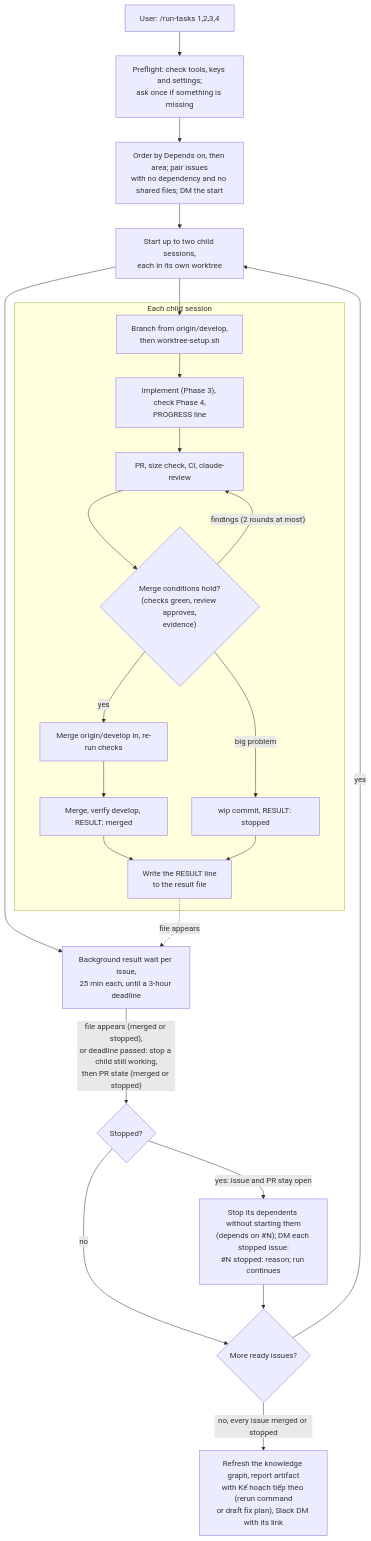
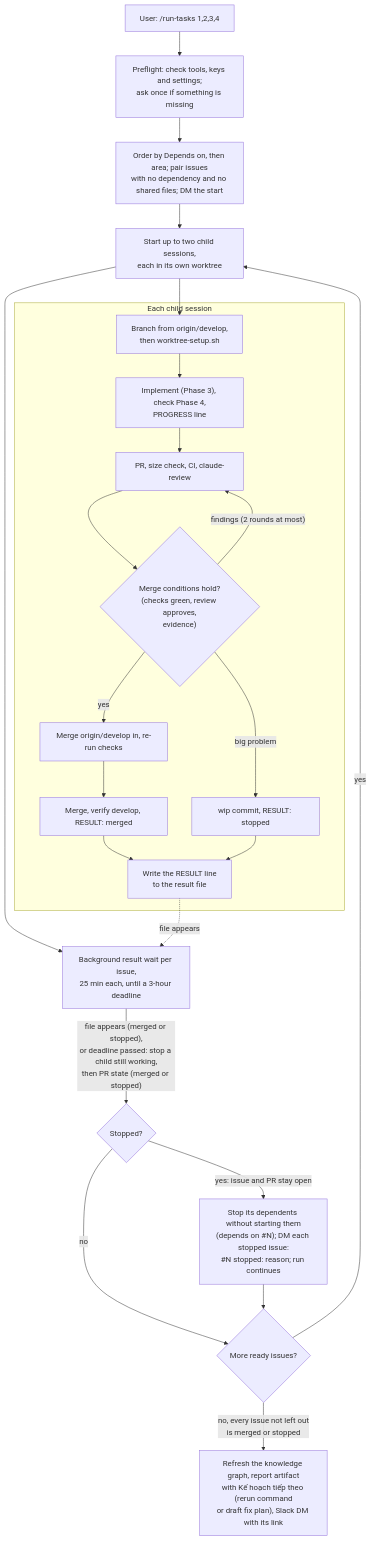
One commit to huynguyennang-agilityio/claude-code-training changed the fifth of 5 diagrams in docs/workflow.md. Above: the diagram before and after it, drawn with Mermaid. The commit also changed other lines of this file and 1 other file, not shown here.

Commit message:
chore(infra): give each rerun its own local branch name
Review round 2 of PR #209 (nits): a rerun always switches to
<branch>-rerun-<run-id>, from origin/<branch> or origin/develop; step 5
starts when every issue not left out is merged or stopped; the parent
posts the Stopped: comment for a closed integration gate too.

````diff
--- a/docs/workflow.md
+++ b/docs/workflow.md
@@ -121,26 +121,26 @@
 ```mermaid
 flowchart TD
     A["User: /run-tasks 1,2,3,4"] --> PF["Preflight: check tools, keys and settings;<br/>ask once if something is missing"]
     PF --> O["Order by Depends on, then area; pair issues<br/>with no dependency and no shared files; DM the start"]
     O --> C["Start up to two child sessions,<br/>each in its own worktree"]
     subgraph child ["Each child session"]
       W["Branch from origin/develop,<br/>then worktree-setup.sh"] --> I["Implement (Phase 3), check Phase 4,<br/>PROGRESS line"]
       I --> P["PR, size check, CI, claude-review"]
       P --> F{"Merge conditions hold?<br/>(checks green, review approves,<br/>evidence)"}
       F -- "findings (2 rounds at most)" --> P
       F -- yes --> D["Merge origin/develop in, re-run checks"]
       D --> M["Merge, verify develop, RESULT: merged"]
       F -- "big problem" --> S["wip commit, RESULT: stopped"]
       M --> RF["Write the RESULT line<br/>to the result file"]
       S --> RF
     end
     C --> W
     C --> RW["Background result wait per issue,<br/>25 min each, until a 3-hour deadline"]
     RF -. "file appears" .-> RW
     RW -- "file appears (merged or stopped),<br/>or deadline passed: stop a child still working,<br/>then PR state (merged or stopped)" --> ST{"Stopped?"}
     ST -- "yes: issue and PR stay open" --> SD["Stop its dependents without starting them<br/>(depends on #N); DM each stopped issue:<br/>#N stopped: reason; run continues"]
     ST -- no --> N{"More ready issues?"}
     SD --> N
     N -- yes --> C
-    N -- "no, every issue merged or stopped" --> E["Refresh the knowledge graph, report artifact<br/>with Kế hoạch tiếp theo (rerun command<br/>or draft fix plan), Slack DM with its link"]
+    N -- "no, every issue not left out<br/>is merged or stopped" --> E["Refresh the knowledge graph, report artifact<br/>with Kế hoạch tiếp theo (rerun command<br/>or draft fix plan), Slack DM with its link"]
 ```
````
